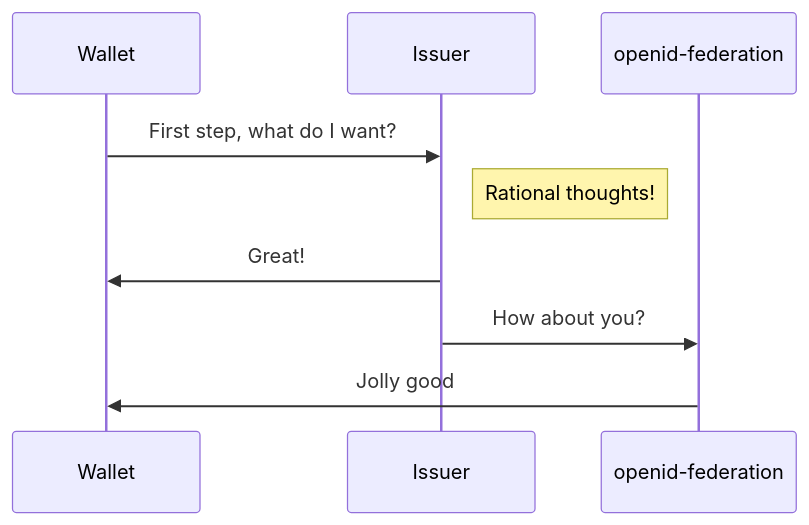
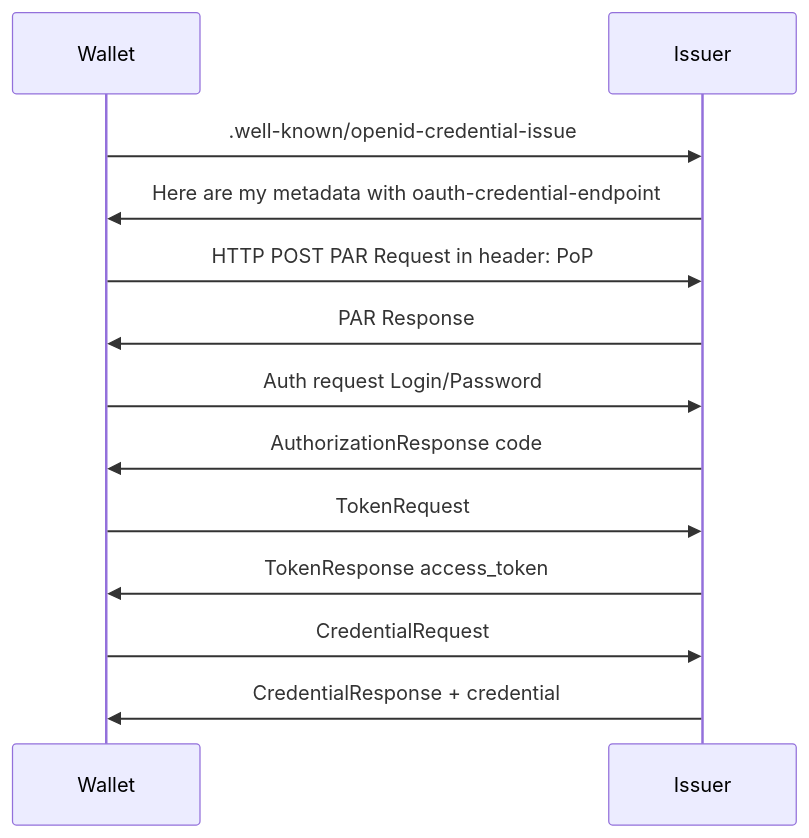
One commit to SUNET/euwallet-cli changed the diagram in credential-issuance-flow.md. Above: the diagram before and after it, drawn with Mermaid.

Commit message:
Update credential-issuance-flow.md
first draft

````diff
--- a/credential-issuance-flow.md
+++ b/credential-issuance-flow.md
@@ -1,8 +1,16 @@
 ```mermaid
 sequenceDiagram
-Wallet->>Issuer: First step, what do I want?
-Note right of Issuer: Rational thoughts!
-Issuer->>Wallet: Great!
-Issuer->>openid-federation: How about you?
-openid-federation->>Wallet: Jolly good
+Wallet->>Issuer: .well-known/openid-credential-issue
+Issuer->>Wallet: Here are my metadata with oauth-credential-endpoint
+Wallet->>Issuer: HTTP POST PAR Request in header: PoP
+Issuer->>Wallet: PAR Response
+Wallet->>Issuer: Auth request Login/Password
+
+Issuer->>Wallet: AuthorizationResponse code
+Wallet->>Issuer: TokenRequest
+Issuer->>Wallet: TokenResponse access_token
+Wallet->>Issuer: CredentialRequest
+Issuer->>Wallet: CredentialResponse + credential 
+
+
 ```
````
